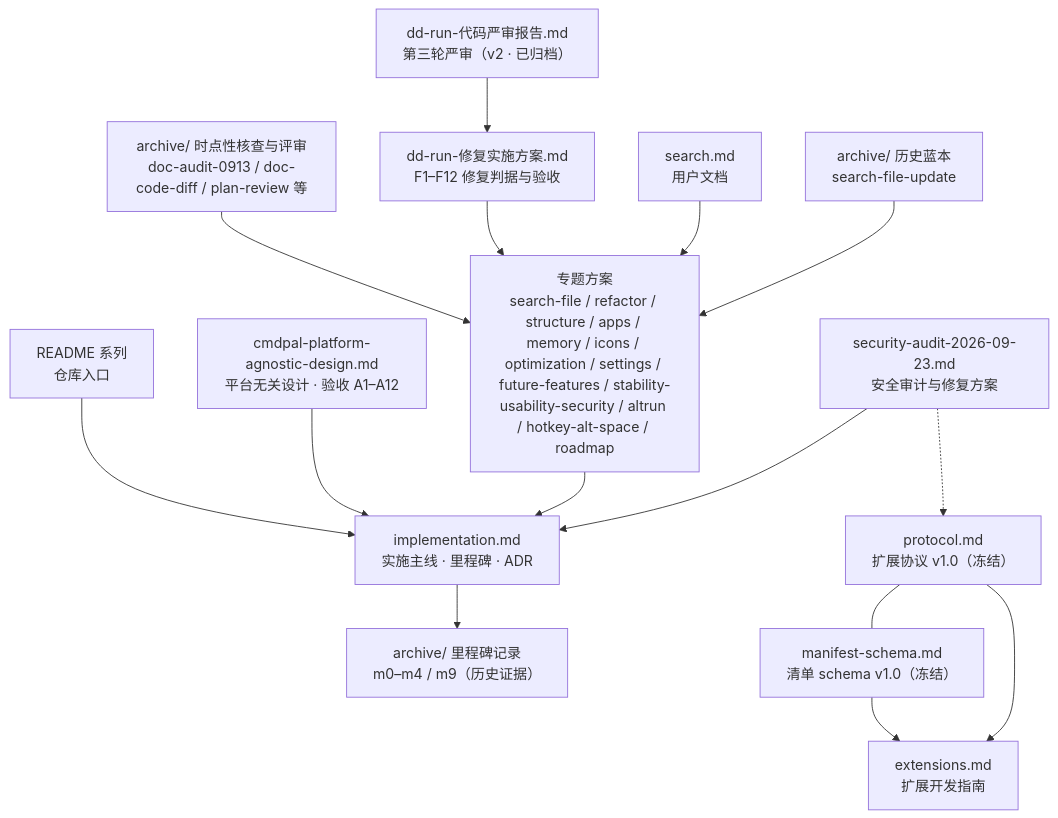
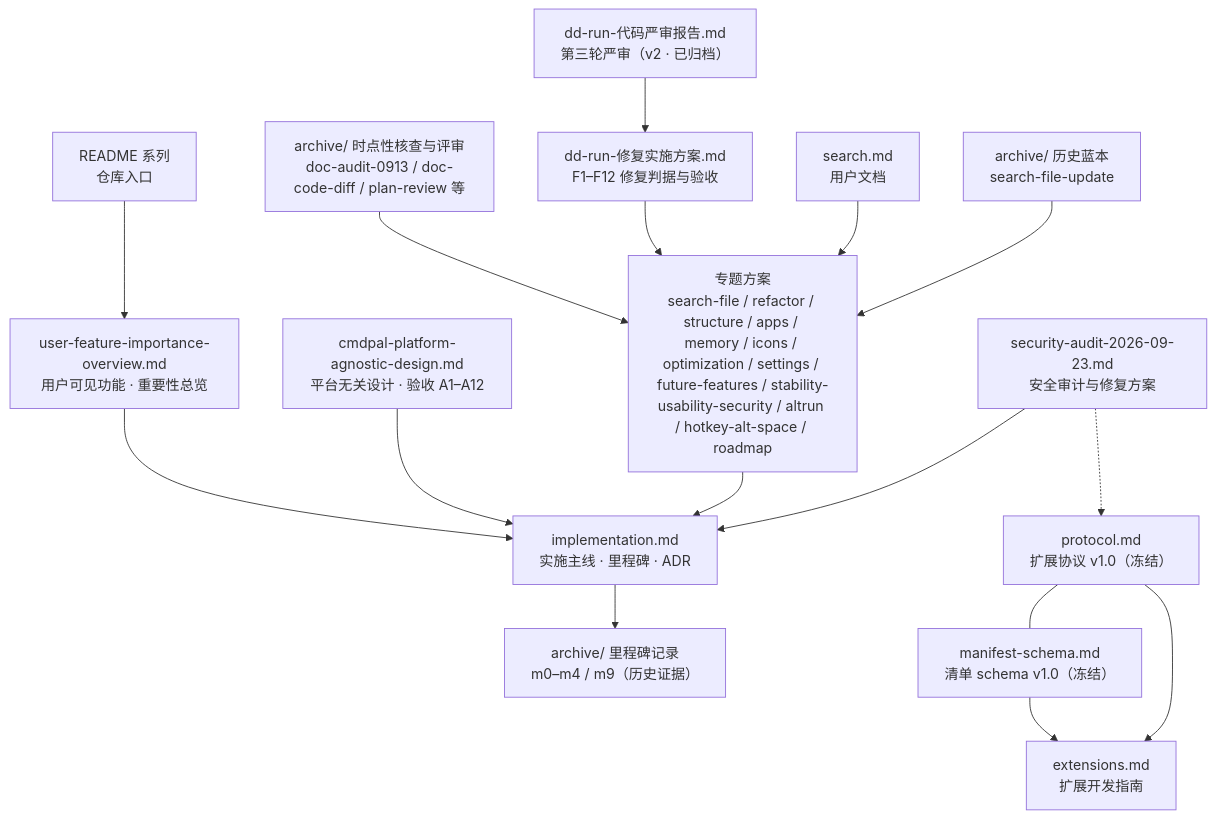
One commit to Yang-SH/dd-run changed the diagram in docs/INDEX.md. Above: the diagram before and after it, drawn with Mermaid. The commit also changed other lines of this file and 35 other files, not shown here.

````diff
--- a/docs/INDEX.md
+++ b/docs/INDEX.md
@@ -25,20 +25,21 @@
 ```mermaid
 flowchart TD
-    README["README 系列<br/>仓库入口"] --> IMPL
+    README["README 系列<br/>仓库入口"] --> OVERVIEW
+    OVERVIEW["user-feature-importance-overview.md<br/>用户可见功能 · 重要性总览"] --> IMPL
     IMPL["implementation.md<br/>实施主线 · 里程碑 · ADR"]
     DESIGN["cmdpal-platform-agnostic-design.md<br/>平台无关设计 · 验收 A1–A12"] --> IMPL
     IMPL --> REC["archive/ 里程碑记录<br/>m0–m4 / m9（历史证据）"]
 
     PROTO["protocol.md<br/>扩展协议 v1.0（冻结）"] --- MANIFEST["manifest-schema.md<br/>清单 schema v1.0（冻结）"]
     MANIFEST --> EXT["extensions.md<br/>扩展开发指南"]
     PROTO --> EXT
 
     PLAN["专题方案<br/>search-file / refactor / structure / apps / memory / icons / optimization / settings / future-features / stability-usability-security / altrun / hotkey-alt-space / roadmap"] --> IMPL
     REVIEW["archive/ 时点性核查与评审<br/>doc-audit-0913 / doc-code-diff / plan-review 等"] --> PLAN
     FIX["dd-run-修复实施方案.md<br/>F1–F12 修复判据与验收"] --> PLAN
     REV3["dd-run-代码严审报告.md<br/>第三轮严审（v2 · 已归档）"] --> FIX
     AUDIT["security-audit-2026-09-23.md<br/>安全审计与修复方案"] --> IMPL
     AUDIT -.-> PROTO
     USERDOC["search.md<br/>用户文档"] --> PLAN
     ARCHIVE["archive/ 历史蓝本<br/>search-file-update"] --> PLAN
 ```
````
